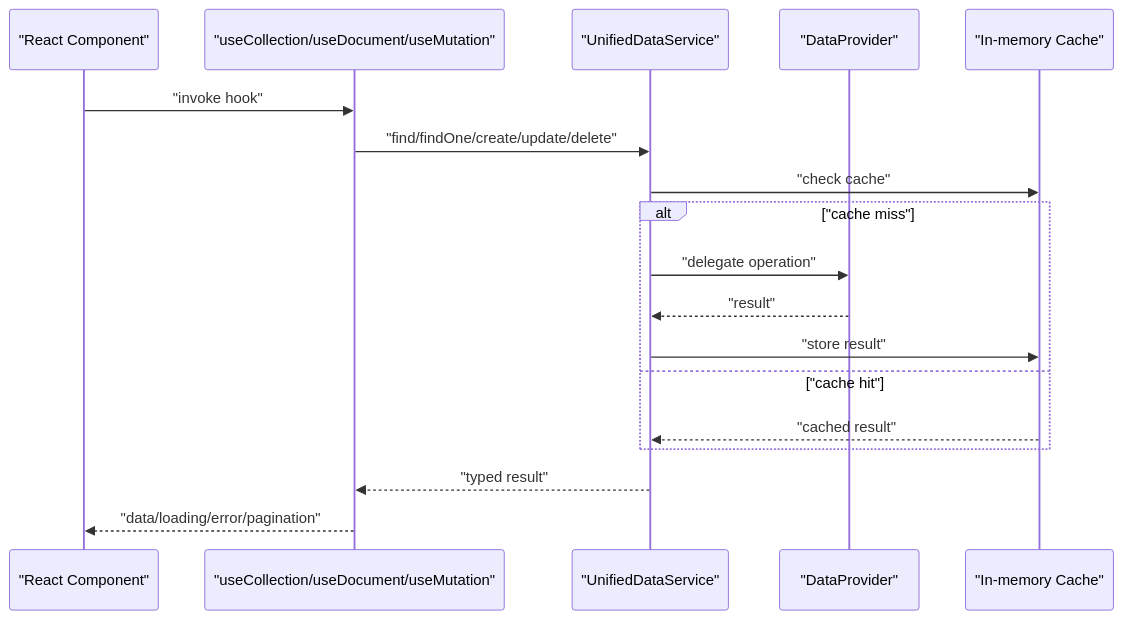
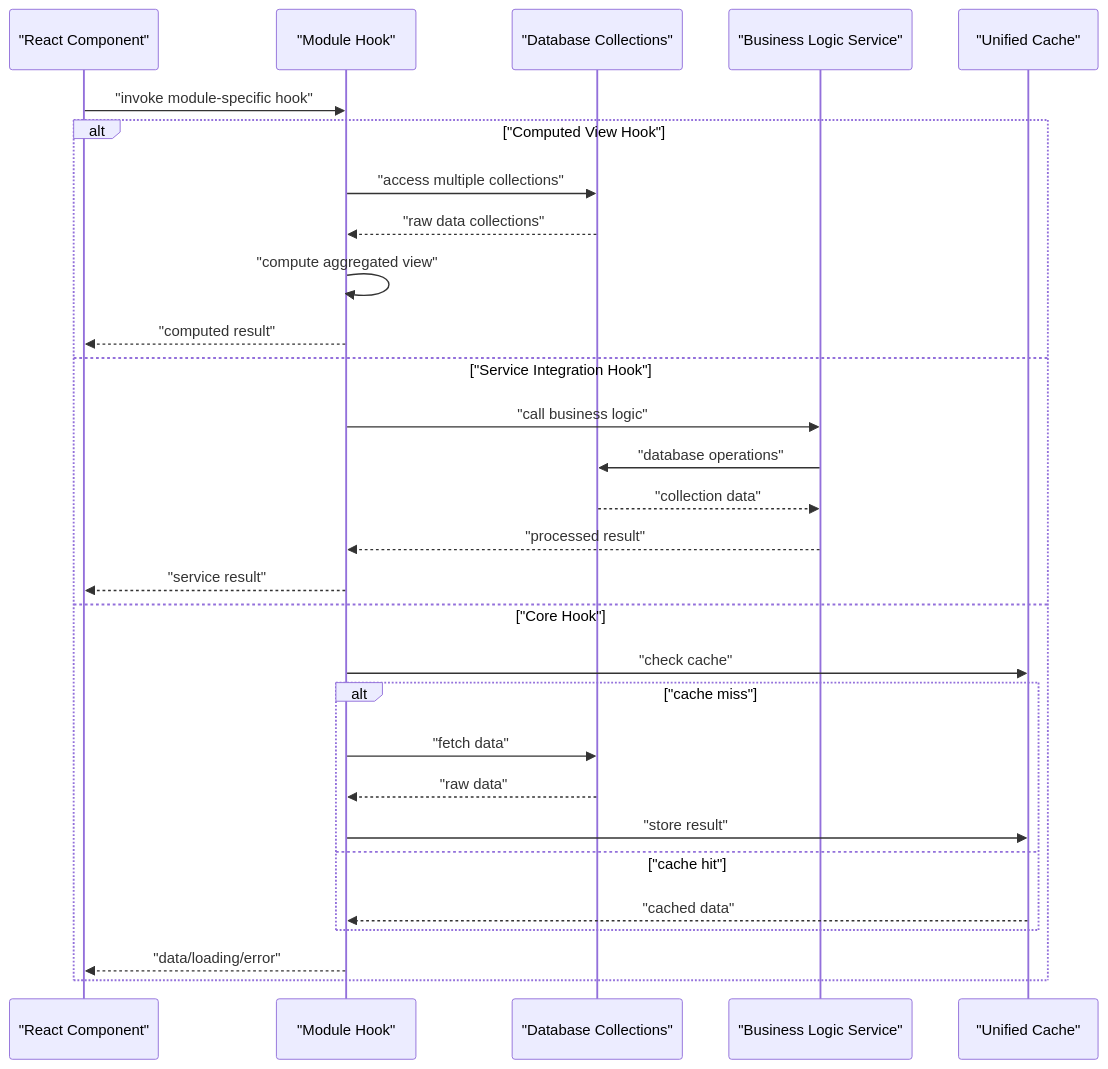
Before and after one commit to geniusdynamics/schoolpilot: the second of 5 diagrams in .qoder/repowiki/en/content/Data Layer/Data Access APIs/Unified CRUD Service/React Hooks Ecosystem.md, drawn with Mermaid. The commit also changed other lines of this file and 21 other files, not shown here.

````diff
--- a/.qoder/repowiki/en/content/Data Layer/Data Access APIs/Unified CRUD Service/React Hooks Ecosystem.md
+++ b/.qoder/repowiki/en/content/Data Layer/Data Access APIs/Unified CRUD Service/React Hooks Ecosystem.md
@@ -105,20 +188,31 @@
 ```mermaid
 sequenceDiagram
 participant Comp as "React Component"
-participant Hook as "useCollection/useDocument/useMutation"
-participant UDS as "UnifiedDataService"
-participant Prov as "DataProvider"
-participant Cache as "In-memory Cache"
-Comp->>Hook : "invoke hook"
-Hook->>UDS : "find/findOne/create/update/delete"
-UDS->>Cache : "check cache"
+participant Hook as "Module Hook"
+participant DB as "Database Collections"
+participant Service as "Business Logic Service"
+participant Cache as "Unified Cache"
+Comp->>Hook : "invoke module-specific hook"
+alt "Computed View Hook"
+Hook->>DB : "access multiple collections"
+DB-->>Hook : "raw data collections"
+Hook->>Hook : "compute aggregated view"
+Hook-->>Comp : "computed result"
+else "Service Integration Hook"
+Hook->>Service : "call business logic"
+Service->>DB : "database operations"
+DB-->>Service : "collection data"
+Service-->>Hook : "processed result"
+Hook-->>Comp : "service result"
+else "Core Hook"
+Hook->>Cache : "check cache"
 alt "cache miss"
-UDS->>Prov : "delegate operation"
-Prov-->>UDS : "result"
-UDS->>Cache : "store result"
+Hook->>DB : "fetch data"
+DB-->>Hook : "raw data"
+Hook->>Cache : "store result"
 else "cache hit"
-Cache-->>UDS : "cached result"
+Cache-->>Hook : "cached data"
 end
-UDS-->>Hook : "typed result"
-Hook-->>Comp : "data/loading/error/pagination"
+Hook-->>Comp : "data/loading/error"
+end
 ```
````
